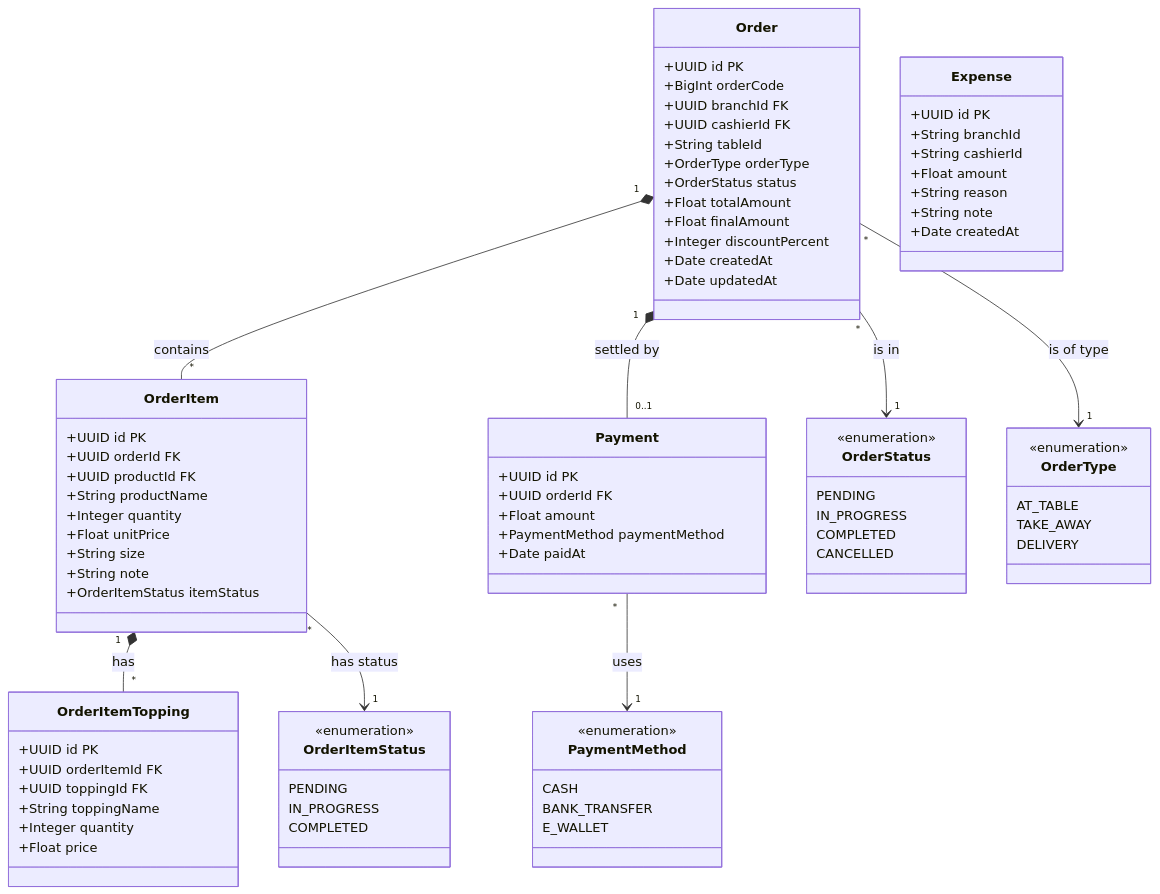
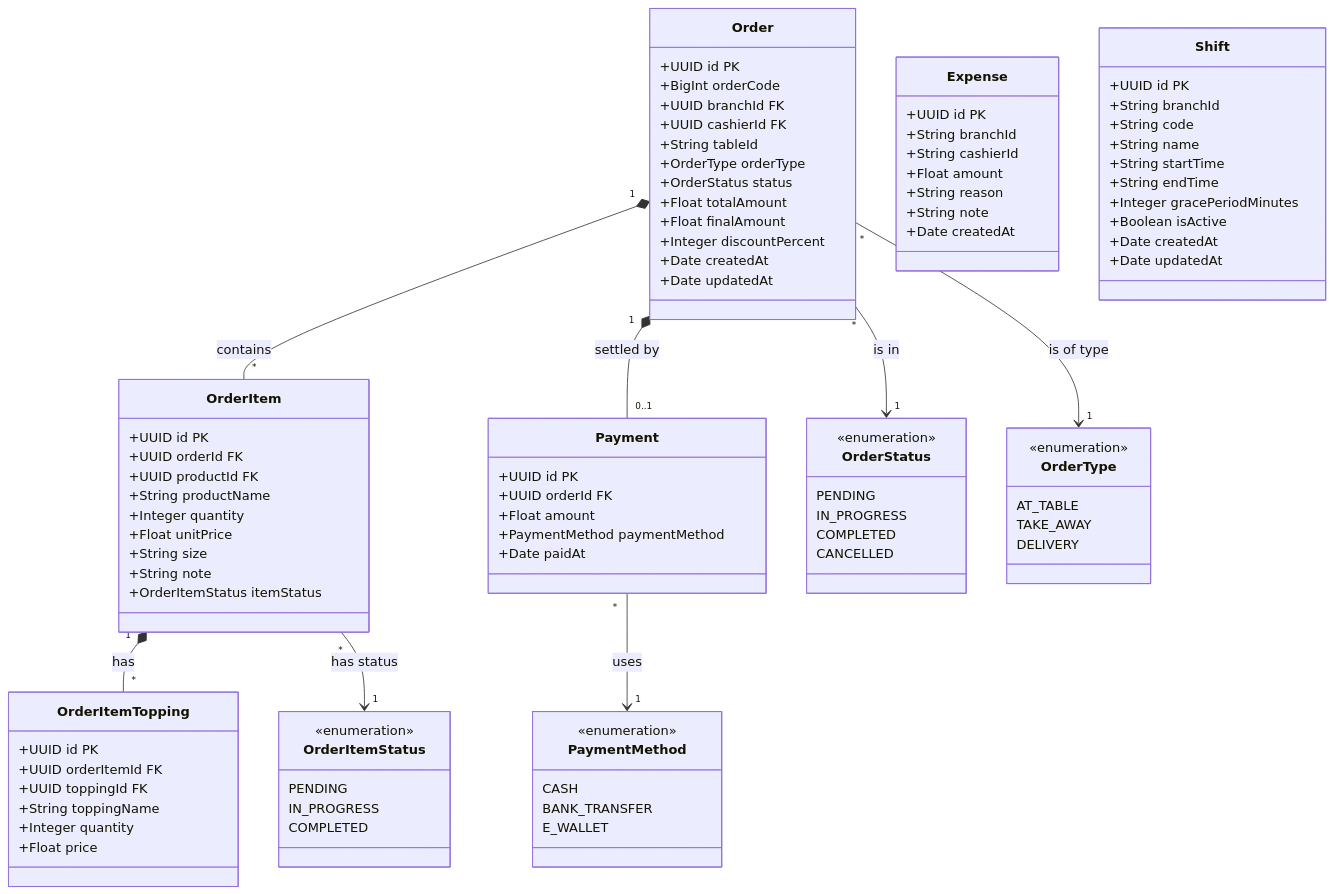
The third of 5 diagrams in docs/CLASS_DIAGRAMS.md (pnwang1704/KLTN_N70), drawn with Mermaid before and after one commit. The commit also changed other lines of this file and 14 other files, not shown here.

First line of the commit message:
feat(shift): implement shift management module and 24-hour time selector across backend and frontend

```diff
--- a/docs/CLASS_DIAGRAMS.md
+++ b/docs/CLASS_DIAGRAMS.md
@@ -99,6 +99,19 @@
         +String reason
         +String note
         +Date createdAt
+    }
+
+    class Shift {
+        +UUID id PK
+        +String branchId
+        +String code
+        +String name
+        +String startTime
+        +String endTime
+        +Integer gracePeriodMinutes
+        +Boolean isActive
+        +Date createdAt
+        +Date updatedAt
     }
 
     class OrderItem {
```
